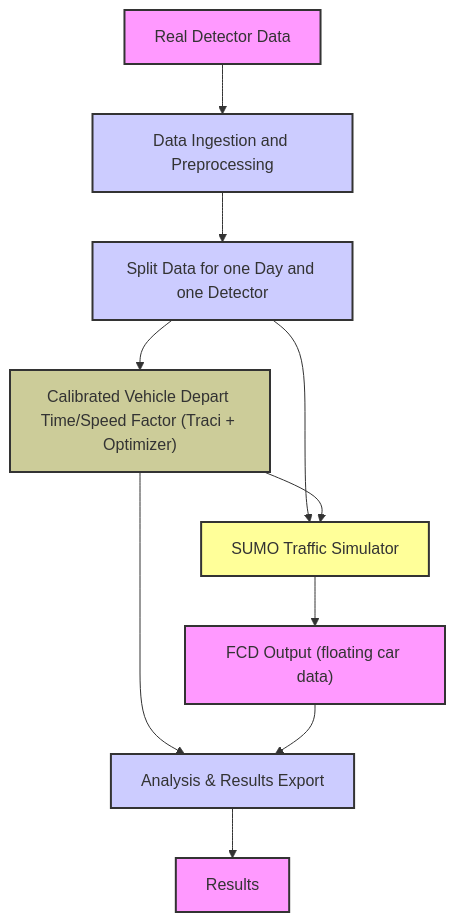
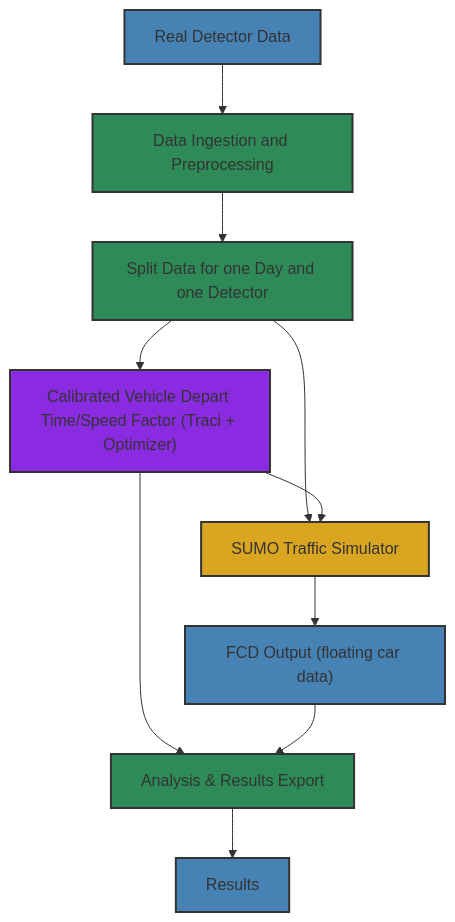
Before and after one commit to SiddharthVenkataraman/Hornsgatan: the first of 2 diagrams in docs/Workflow.md, drawn with Mermaid. The commit also changed other lines of this file, not shown here.

Commit message:
change diagram color

````diff
--- a/docs/Workflow.md
+++ b/docs/Workflow.md
@@ -32,22 +32,22 @@
 ```mermaid
 graph TD
     A[Real Detector Data] --> B["Data Ingestion and Preprocessing"]
     B --> C["Split Data for one Day and one Detector"]
     C --> E["Calibrated Vehicle Depart Time/Speed Factor (Traci + Optimizer)"]
     C --> F[SUMO Traffic Simulator]
     E --> F
     F --> G["FCD Output (floating car data)"]
     E --> H["Analysis & Results Export"]
     G --> H
     H --> I[Results]
 
     %% Styling for clarity
-    classDef data fill:#f9f,stroke:#333,stroke-width:2px;
+    classDef data fill:#4682B4,stroke:#333,stroke-width:2px;
     class A,G,I data
-    classDef process fill:#ccf,stroke:#333,stroke-width:2px;
+    classDef process fill:#2E8B57,stroke:#333,stroke-width:2px;
     class B,C,E,H process
-    classDef tool fill:#ff9,stroke:#333,stroke-width:2px;
+    classDef tool fill:#DAA520,stroke:#333,stroke-width:2px;
     class F tool
-    classDef param fill:#cc9,stroke:#333,stroke-width:2px;
+    classDef param fill:#8A2BE2,stroke:#333,stroke-width:2px;
     class E param
 ```
````
